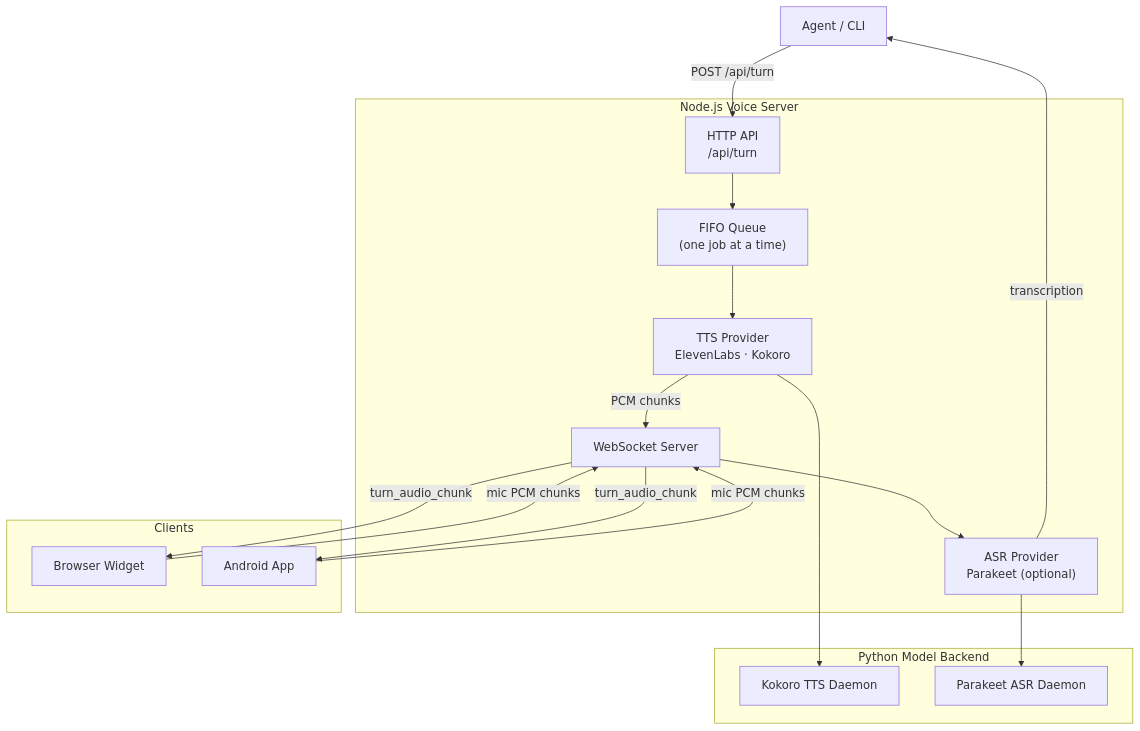
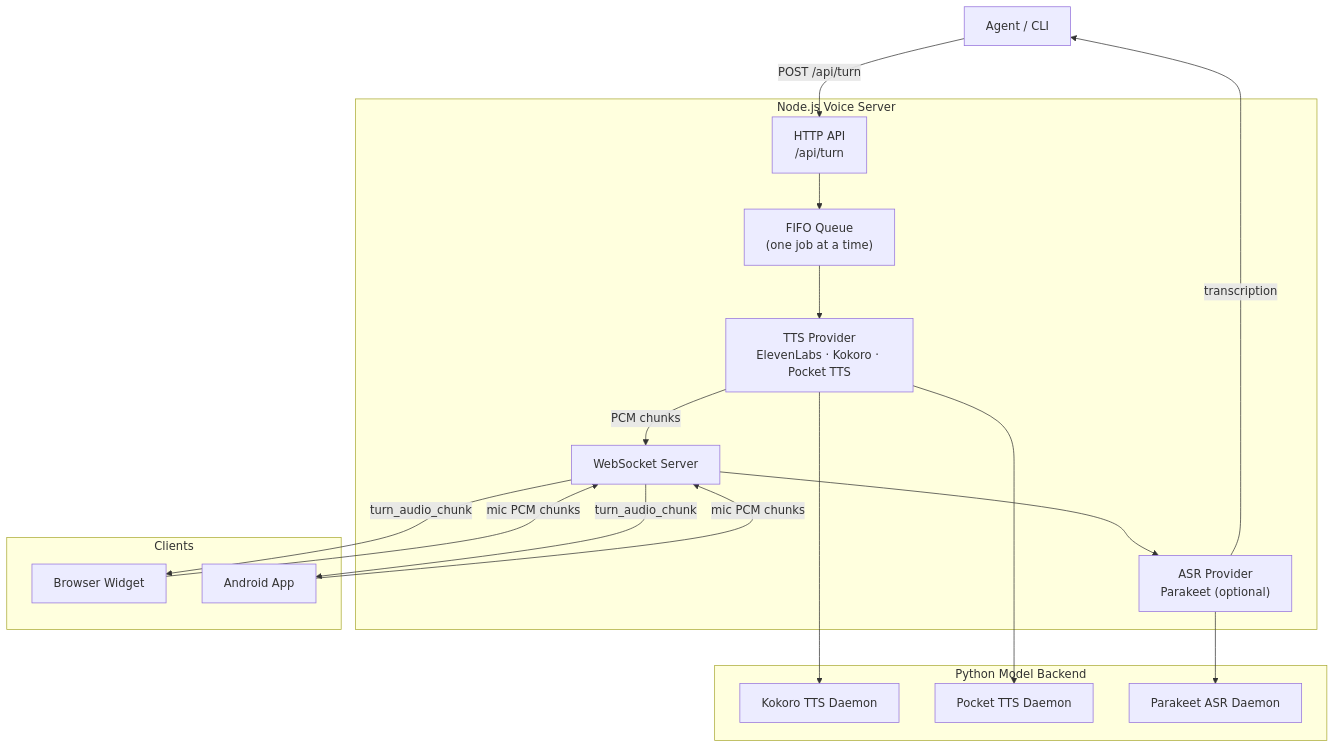
One commit to kcosr/agent-voice-adapter changed the first of 2 diagrams in README.md. Above: the diagram before and after it, drawn with Mermaid. The commit also changed other lines of this file and 13 other files, not shown here.

Commit message:
Add Pocket TTS provider

````diff
--- a/README.md
+++ b/README.md
@@ -35,35 +35,37 @@
 ```mermaid
 graph TB
     Agent["Agent / CLI"]
 
     subgraph Server["Node.js Voice Server"]
         API["HTTP API<br/>/api/turn"]
         Queue["FIFO Queue<br/>(one job at a time)"]
-        TTS["TTS Provider<br/>ElevenLabs · Kokoro"]
+        TTS["TTS Provider<br/>ElevenLabs · Kokoro · Pocket TTS"]
         ASR["ASR Provider<br/>Parakeet (optional)"]
         WS["WebSocket Server"]
     end
 
     subgraph Clients
         Web["Browser Widget"]
         Android["Android App"]
     end
 
     subgraph Backend["Python Model Backend"]
         Kokoro["Kokoro TTS Daemon"]
+        Pocket["Pocket TTS Daemon"]
         Parakeet["Parakeet ASR Daemon"]
     end
 
     Agent -->|"POST /api/turn"| API
     API --> Queue
     Queue --> TTS
     TTS --> Kokoro
+    TTS --> Pocket
     TTS -->|"PCM chunks"| WS
     WS -->|"turn_audio_chunk"| Web
     WS -->|"turn_audio_chunk"| Android
     Android -->|"mic PCM chunks"| WS
     Web -->|"mic PCM chunks"| WS
     WS --> ASR
     ASR --> Parakeet
     ASR -->|"transcription"| Agent
 ```
````
